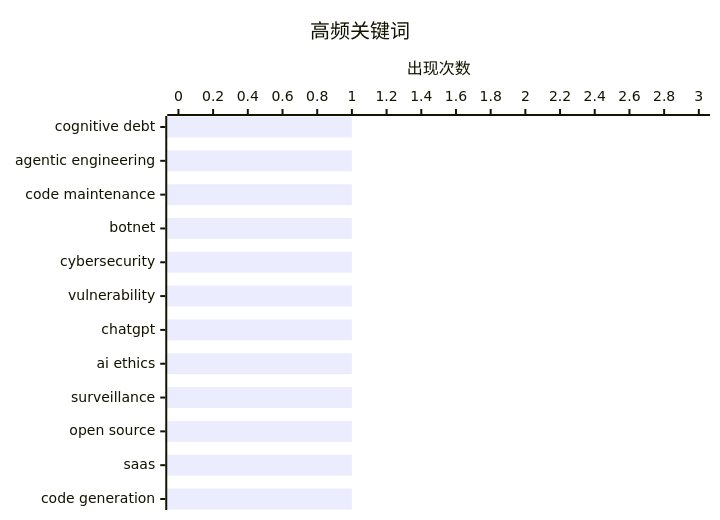
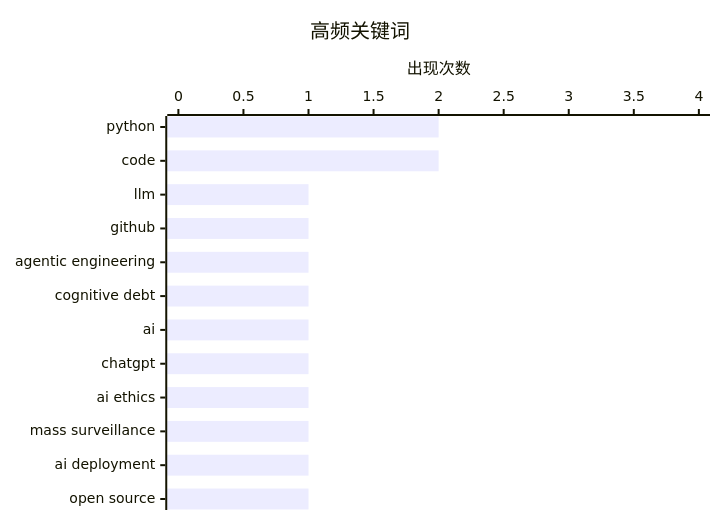
One commit to gitmeus/daily-reports changed the second of 2 diagrams in digest-20260301.md. Above: the diagram before and after it, drawn with Mermaid. The commit also changed other lines of this file, not shown here.

````diff
--- a/digest-20260301.md
+++ b/digest-20260301.md
@@ -66,7 +60,7 @@
 ```mermaid
 xychart-beta horizontal
     title "高频关键词"
-    x-axis ["cognitive debt", "agentic engineering", "code maintenance", "botnet", "cybersecurity", "vulnerability", "chatgpt", "ai ethics", "surveillance", "open source", "saas", "code generation"]
-    y-axis "出现次数" 0 --> 3
-    bar [1, 1, 1, 1, 1, 1, 1, 1, 1, 1, 1, 1]
+    x-axis ["python", "code", "llm", "github", "agentic engineering", "cognitive debt", "ai", "chatgpt", "ai ethics", "mass surveillance", "ai deployment", "open source"]
+    y-axis "出现次数" 0 --> 4
+    bar [2, 2, 1, 1, 1, 1, 1, 1, 1, 1, 1, 1]
 ```
````
